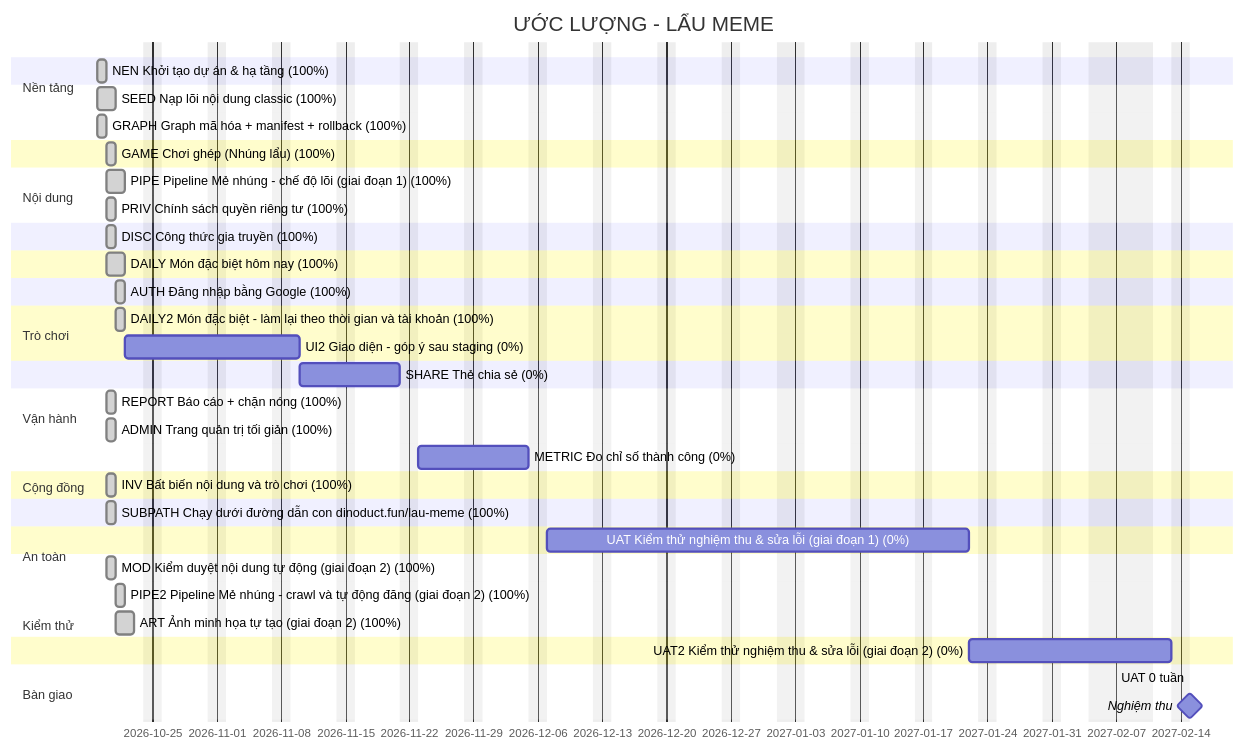
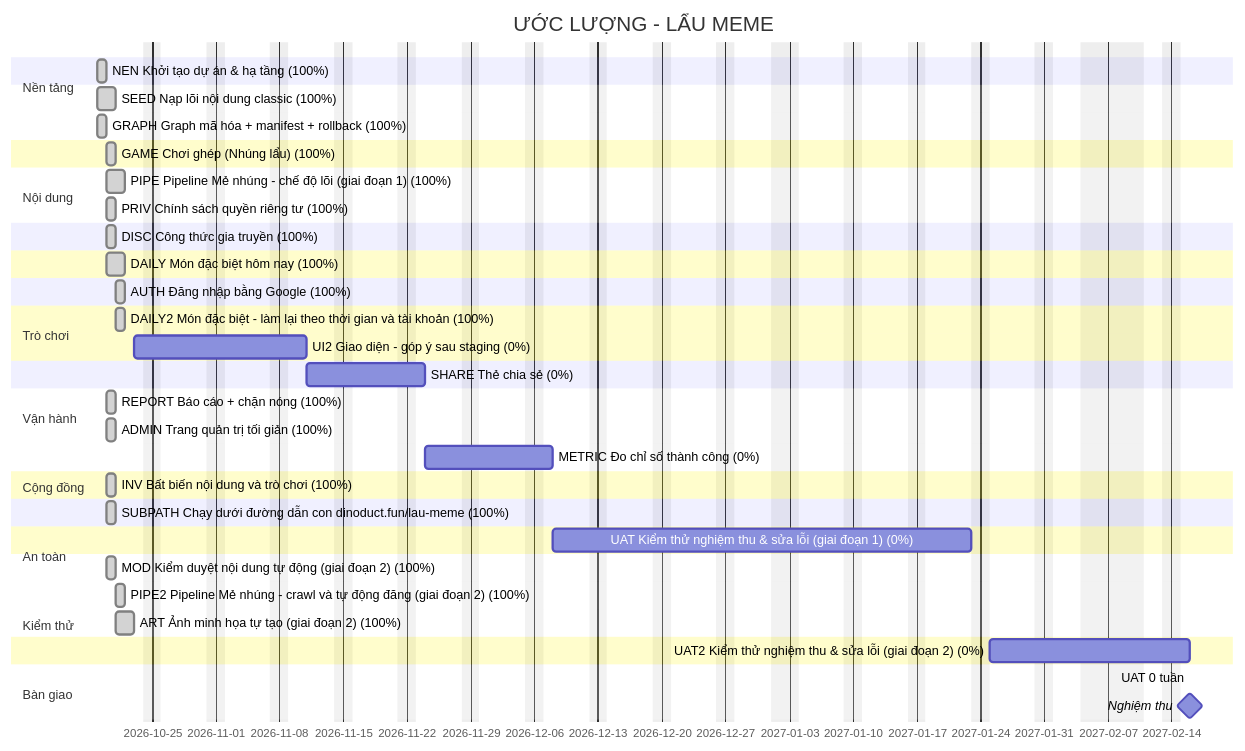
The diagram in docs/plan/gantt.md (thucnq/lau-meme), drawn with Mermaid before and after one commit. The commit also changed other lines of this file and 6 other files, not shown here.

````diff
--- a/docs/plan/gantt.md
+++ b/docs/plan/gantt.md
@@ -5,49 +5,49 @@
 ```mermaid
 gantt
     title ƯỚC LƯỢNG - LẨU MEME
     dateFormat YYYY-MM-DD
     excludes weekends, 2027-01-01, 2027-02-04, 2027-02-05, 2027-02-06, 2027-02-07, 2027-02-08, 2027-02-09, 2027-02-10
     todayMarker stroke-width:2px,stroke:#d33
     section Nền tảng
     NEN Khởi tạo dự án & hạ tầng (100%) :done, NEN, 2026-10-19, 1d
     section Nội dung
     SEED Nạp lõi nội dung classic (100%) :done, SEED, 2026-10-19, 2d
     GRAPH Graph mã hóa + manifest + rollback (100%) :done, GRAPH, 2026-10-19, 1d
     section Trò chơi
     GAME Chơi ghép (Nhúng lẩu) (100%) :done, GAME, 2026-10-20, 1d
     section Nội dung
     PIPE Pipeline Mẻ nhúng - chế độ lõi (giai đoạn 1) (100%) :done, PIPE, 2026-10-20, 2d
     section Vận hành
     PRIV Chính sách quyền riêng tư (100%) :done, PRIV, 2026-10-20, 1d
     section Cộng đồng
     DISC Công thức gia truyền (100%) :done, DISC, 2026-10-20, 1d
     section Trò chơi
     DAILY Món đặc biệt hôm nay (100%) :done, DAILY, 2026-10-20, 2d
     section Cộng đồng
     AUTH Đăng nhập bằng Google (100%) :done, AUTH, 2026-10-21, 1d
     section Trò chơi
     DAILY2 Món đặc biệt - làm lại theo thời gian và tài khoản (100%) :done, DAILY2, 2026-10-21, 1d
-    UI2 Giao diện - góp ý sau staging (0%) :UI2, 2026-10-22, 13d
+    UI2 Giao diện - góp ý sau staging (0%) :UI2, 2026-10-23, 13d
     section Cộng đồng
-    SHARE Thẻ chia sẻ (0%) :SHARE, 2026-11-10, 9d
+    SHARE Thẻ chia sẻ (0%) :SHARE, 2026-11-11, 9d
     section An toàn
     REPORT Báo cáo + chặn nóng (100%) :done, REPORT, 2026-10-20, 1d
     ADMIN Trang quản trị tối giản (100%) :done, ADMIN, 2026-10-20, 1d
     section Vận hành
-    METRIC Đo chỉ số thành công (0%) :METRIC, 2026-11-23, 10d
+    METRIC Đo chỉ số thành công (0%) :METRIC, 2026-11-24, 10d
     section Kiểm thử
     INV Bất biến nội dung và trò chơi (100%) :done, INV, 2026-10-20, 1d
     section Nền tảng
     SUBPATH Chạy dưới đường dẫn con dinoduct.fun/lau-meme (100%) :done, SUBPATH, 2026-10-20, 1d
     section Kiểm thử
-    UAT Kiểm thử nghiệm thu & sửa lỗi (giai đoạn 1) (0%) :UAT, 2026-12-07, 33d
+    UAT Kiểm thử nghiệm thu & sửa lỗi (giai đoạn 1) (0%) :UAT, 2026-12-08, 33d
     section Nội dung
     MOD Kiểm duyệt nội dung tự động (giai đoạn 2) (100%) :done, MOD, 2026-10-20, 1d
     PIPE2 Pipeline Mẻ nhúng - crawl và tự động đăng (giai đoạn 2) (100%) :done, PIPE2, 2026-10-21, 1d
     ART Ảnh minh họa tự tạo (giai đoạn 2) (100%) :done, ART, 2026-10-21, 2d
     section Kiểm thử
-    UAT2 Kiểm thử nghiệm thu & sửa lỗi (giai đoạn 2) (0%) :UAT2, 2027-01-22, 11d
+    UAT2 Kiểm thử nghiệm thu & sửa lỗi (giai đoạn 2) (0%) :UAT2, 2027-01-25, 11d
     section Bàn giao
-    UAT 0 tuần :uat, 2027-02-15, 0d
-    Nghiệm thu :milestone, 2027-02-15, 0d
+    UAT 0 tuần :uat, 2027-02-16, 0d
+    Nghiệm thu :milestone, 2027-02-16, 0d
 ```
````
